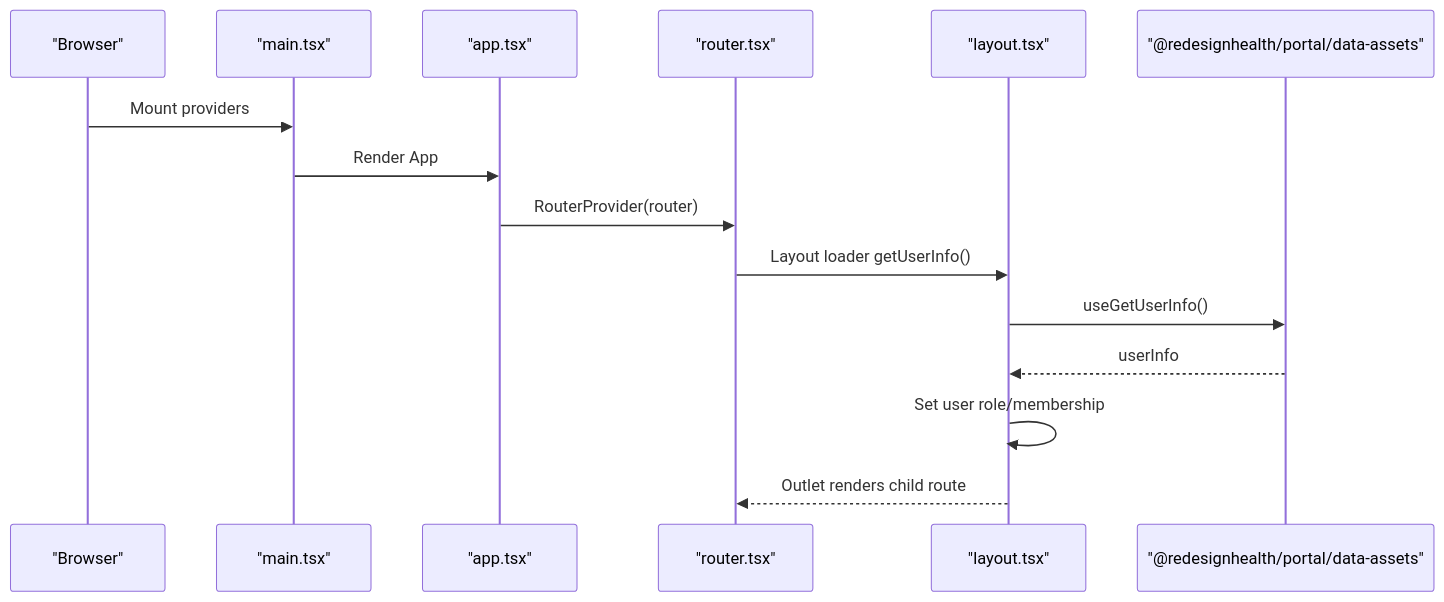
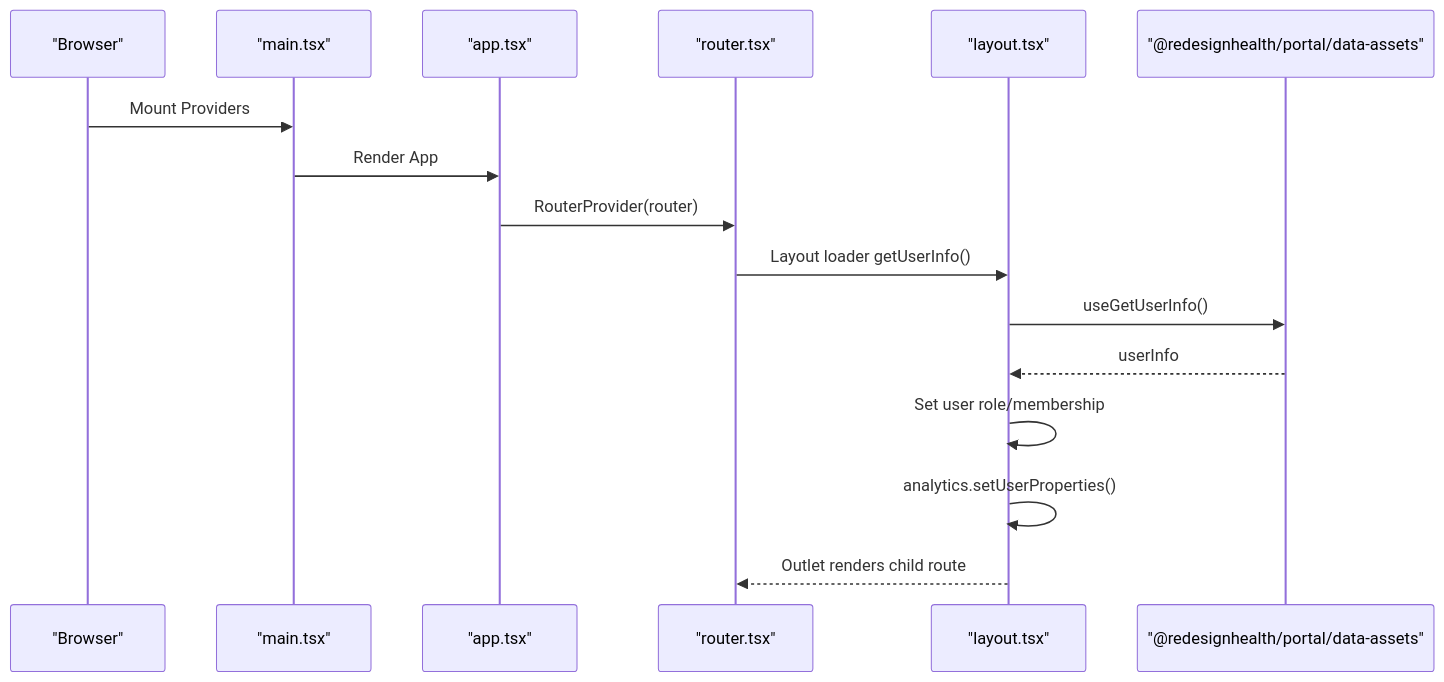
The third of 8 diagrams in .qoder/repowiki/en/content/Frontend Applications/Portal Application/Portal Application.md (effinrich/rh-nx-monorepo), drawn with Mermaid before and after one commit. The commit also changed other lines of this file and 130 other files, not shown here.

````diff
--- a/.qoder/repowiki/en/content/Frontend Applications/Portal Application/Portal Application.md
+++ b/.qoder/repowiki/en/content/Frontend Applications/Portal Application/Portal Application.md
@@ -166,17 +288,18 @@
 ```mermaid
 sequenceDiagram
 participant Browser as "Browser"
 participant Main as "main.tsx"
 participant App as "app.tsx"
 participant Router as "router.tsx"
 participant Layout as "layout.tsx"
 participant DataAssets as "@redesignhealth/portal/data-assets"
-Browser->>Main : Mount providers
+Browser->>Main : Mount Providers
 Main->>App : Render App
 App->>Router : RouterProvider(router)
 Router->>Layout : Layout loader getUserInfo()
 Layout->>DataAssets : useGetUserInfo()
 DataAssets-->>Layout : userInfo
 Layout->>Layout : Set user role/membership
+Layout->>Layout : analytics.setUserProperties()
 Layout-->>Router : Outlet renders child route
 ```
````
